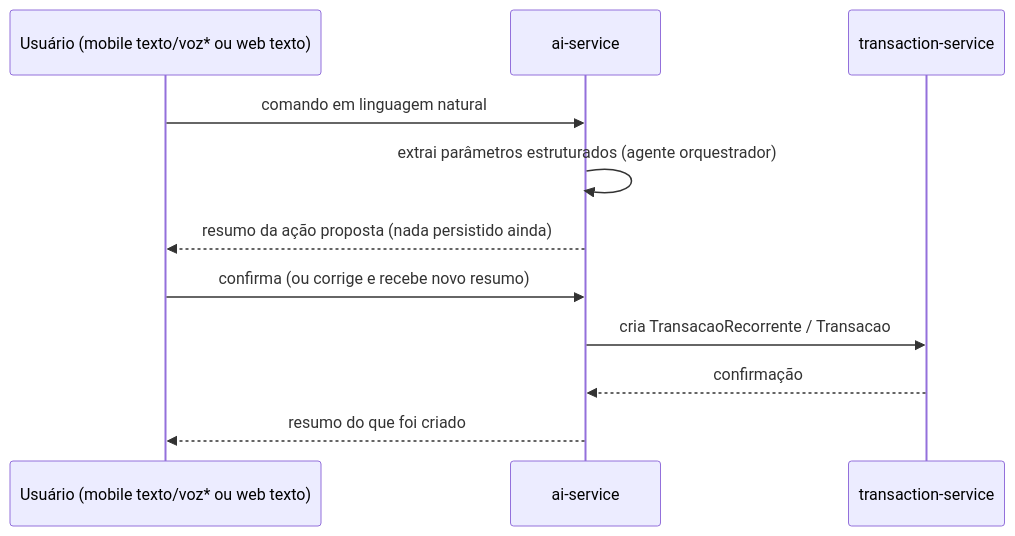
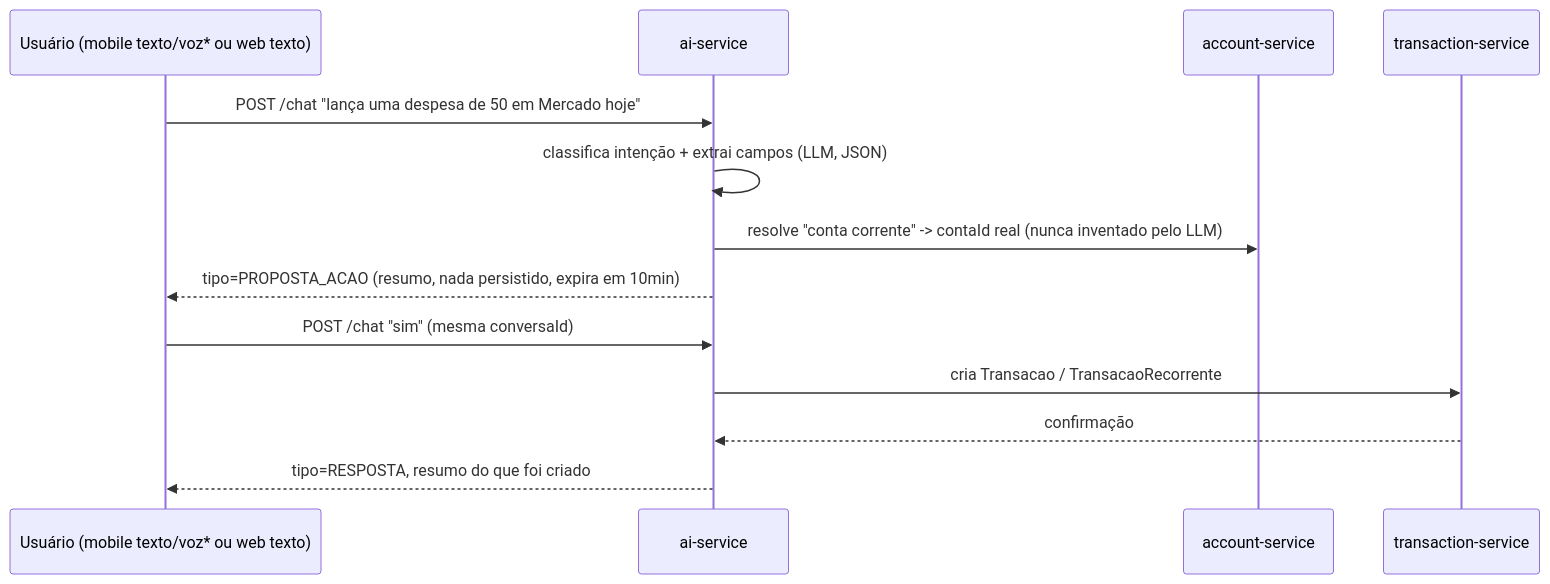
Before and after one commit to wep1980/wepdev-financas: the second of 5 diagrams in docs/architecture/overview.md, drawn with Mermaid. The commit also changed other lines of this file and 174 other files, not shown here.

````diff
--- a/docs/architecture/overview.md
+++ b/docs/architecture/overview.md
@@ -105,14 +112,16 @@
 ```mermaid
 sequenceDiagram
     participant U as Usuário (mobile texto/voz* ou web texto)
     participant AI as ai-service
+    participant A as account-service
     participant T as transaction-service
 
-    U->>AI: comando em linguagem natural
-    AI->>AI: extrai parâmetros estruturados (agente orquestrador)
-    AI-->>U: resumo da ação proposta (nada persistido ainda)
-    U->>AI: confirma (ou corrige e recebe novo resumo)
-    AI->>T: cria TransacaoRecorrente / Transacao
+    U->>AI: POST /chat "lança uma despesa de 50 em Mercado hoje"
+    AI->>AI: classifica intenção + extrai campos (LLM, JSON)
+    AI->>A: resolve "conta corrente" -> contaId real (nunca inventado pelo LLM)
+    AI-->>U: tipo=PROPOSTA_ACAO (resumo, nada persistido, expira em 10min)
+    U->>AI: POST /chat "sim" (mesma conversaId)
+    AI->>T: cria Transacao / TransacaoRecorrente
     T-->>AI: confirmação
-    AI-->>U: resumo do que foi criado
+    AI-->>U: tipo=RESPOSTA, resumo do que foi criado
 ```
````
